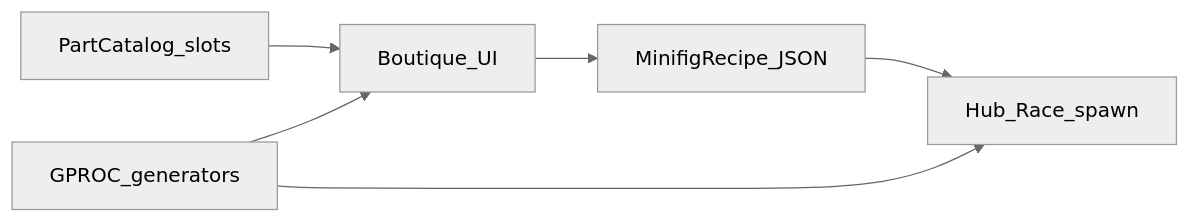
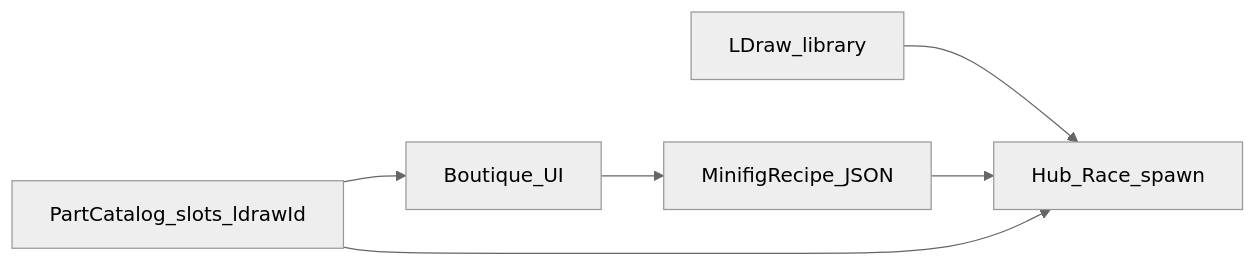
The diagram in docs/design/minifig-gproc.md (naanouff/Brick-Racer), drawn with Mermaid (neutral theme) before and after one commit. The commit also changed other lines of this file and 75 other files, not shown here.

````diff
--- a/docs/design/minifig-gproc.md
+++ b/docs/design/minifig-gproc.md
@@ -69,13 +75,13 @@
 ```mermaid
 flowchart LR
-  catalog[PartCatalog_slots]
-  gproc[GPROC_generators]
+  catalog[PartCatalog_slots_ldrawId]
+  ldraw[LDraw_library]
   recipe[MinifigRecipe_JSON]
   editor[Boutique_UI]
   runtime[Hub_Race_spawn]
   catalog --> editor
-  gproc --> editor
+  ldraw --> runtime
   editor --> recipe
   recipe --> runtime
-  gproc --> runtime
+  catalog --> runtime
 ```
````
